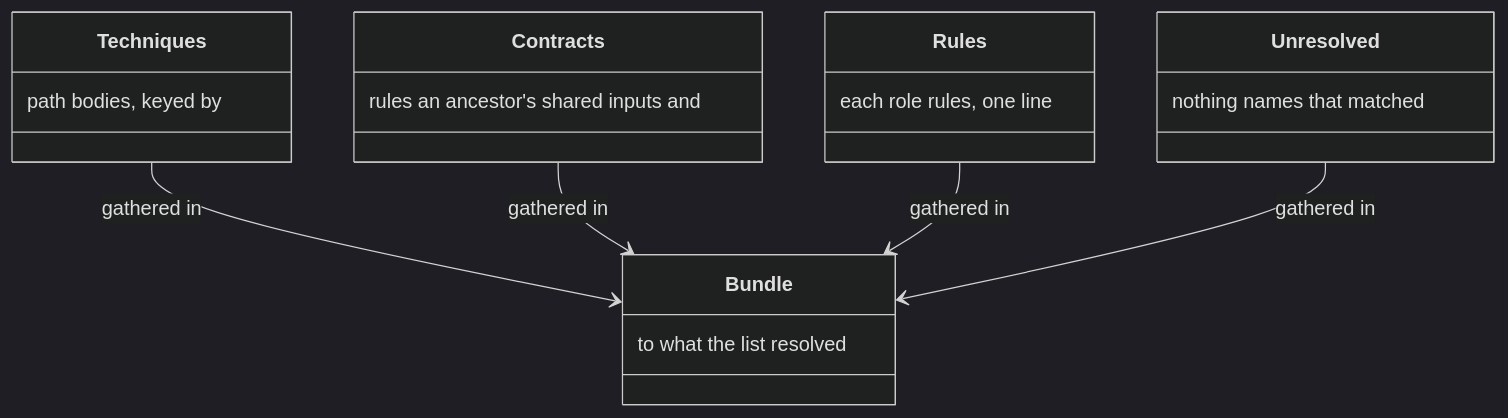
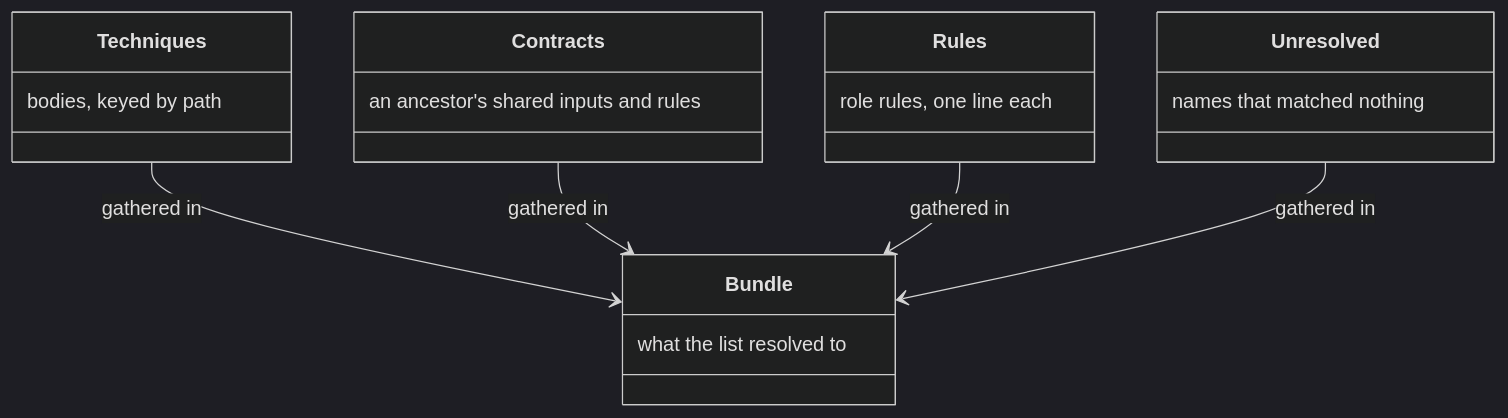
One commit to m2ux/workflow-server changed diagram 26 of 34 in docs/resolution.md. Above: the diagram before and after it, drawn with Mermaid (dark theme). The commit also changed other lines of this file and 10 other files, not shown here.

Commit message:
Write each class-box note in reading order so the diagram shows the phrase as written.

````diff
--- a/docs/resolution.md
+++ b/docs/resolution.md
@@ -505,22 +505,22 @@
 ```mermaid
 classDiagram
   class Techniques {
-    path bodies, keyed by
+    bodies, keyed by path
   }
   class Contracts {
-    rules an ancestor's shared inputs and
+    an ancestor's shared inputs and rules
   }
   class Rules {
-    each role rules, one line
+    role rules, one line each
   }
   class Unresolved {
-    nothing names that matched
+    names that matched nothing
   }
   Techniques --> Bundle: gathered in
   Contracts --> Bundle: gathered in
   Rules --> Bundle: gathered in
   Unresolved --> Bundle: gathered in
   class Bundle {
-    to what the list resolved
+    what the list resolved to
   }
 ```
````
